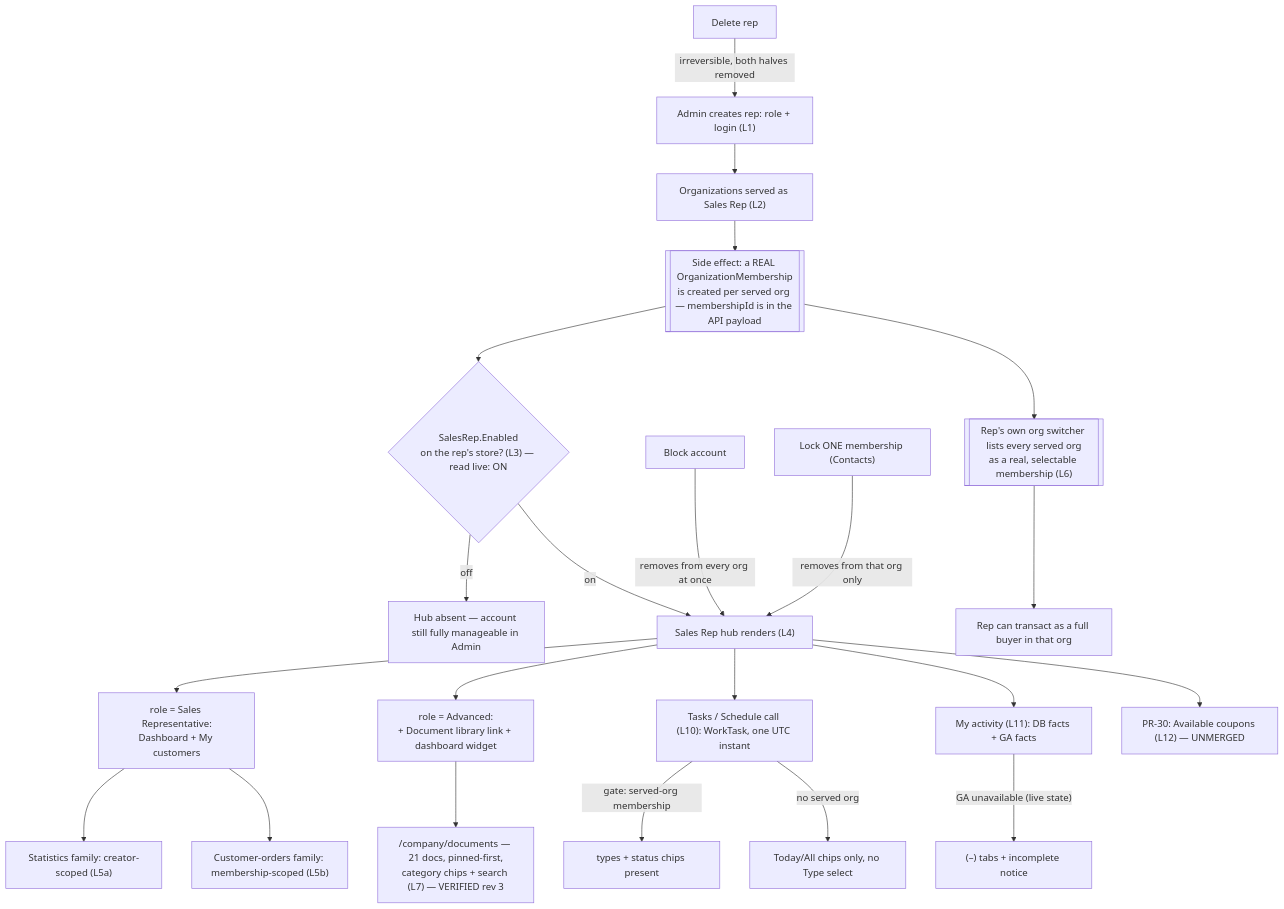
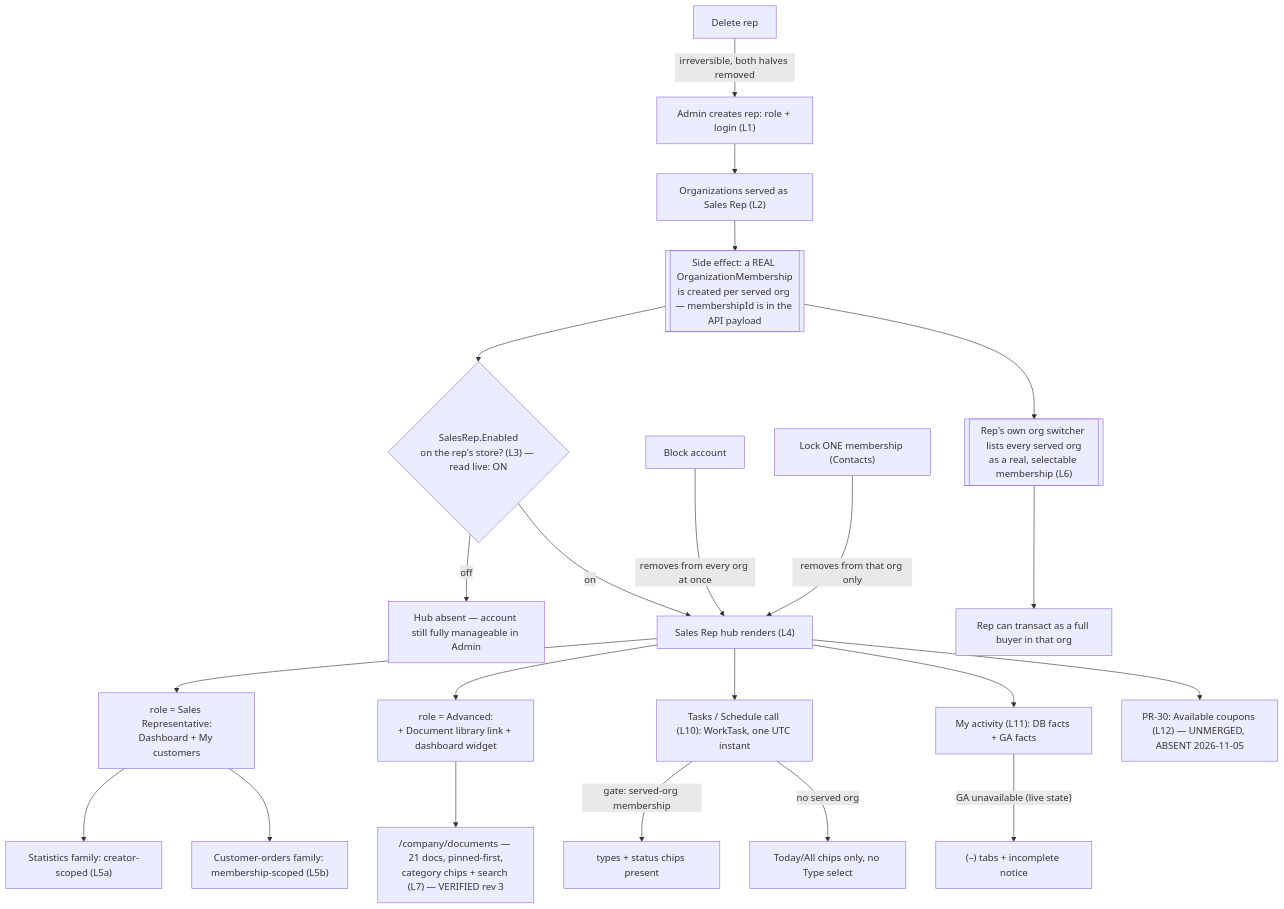
One commit to VirtoCommerce/ai-tools changed the diagram in .claude/knowledge/domain/sales-rep.md. Above: the diagram before and after it, drawn with Mermaid. The commit also changed other lines of this file, not shown here.

First line of the commit message:
Sales Rep domain map rev 5: PR-33 tasks filters, header link, coupons absent

````diff
--- a/.claude/knowledge/domain/sales-rep.md
+++ b/.claude/knowledge/domain/sales-rep.md
@@ -202,24 +253,24 @@
 ```mermaid
 flowchart TD
   A["Admin creates rep: role + login (L1)"] --> B["Organizations served as Sales Rep (L2)"]
   B --> C[["Side effect: a REAL OrganizationMembership\nis created per served org — membershipId is in the API payload"]]
   C --> D{"SalesRep.Enabled\non the rep's store? (L3) — read live: ON"}
   D -->|off| E["Hub absent — account still fully manageable in Admin"]
   D -->|on| F["Sales Rep hub renders (L4)"]
   F --> F1["role = Sales Representative:\nDashboard + My customers"]
   F --> F2["role = Advanced:\n+ Document library link + dashboard widget"]
   F1 --> G["Statistics family: creator-scoped (L5a)"]
   F1 --> H["Customer-orders family: membership-scoped (L5b)"]
   C --> I[["Rep's own org switcher lists every served org\nas a real, selectable membership (L6)"]]
   I --> J["Rep can transact as a full buyer in that org"]
   F2 --> K["/company/documents — 21 docs, pinned-first,\ncategory chips + search (L7) — VERIFIED rev 3"]
   L["Block account"] -->|removes from every org at once| F
   M["Lock ONE membership (Contacts)"] -->|removes from that org only| F
   N["Delete rep"] -->|irreversible, both halves removed| A
   F --> T["Tasks / Schedule call (L10): WorkTask, one UTC instant"]
   T -->|"gate: served-org membership"| T1["types + status chips present"]
   T -->|"no served org"| T2["Today/All chips only, no Type select"]
   F --> V["My activity (L11): DB facts + GA facts"]
   V -->|"GA unavailable (live state)"| V1["(–) tabs + incomplete notice"]
-  F --> W["PR-30: Available coupons (L12) — UNMERGED"]
+  F --> W["PR-30: Available coupons (L12) — UNMERGED, ABSENT 2026-11-05"]
 ```
````
